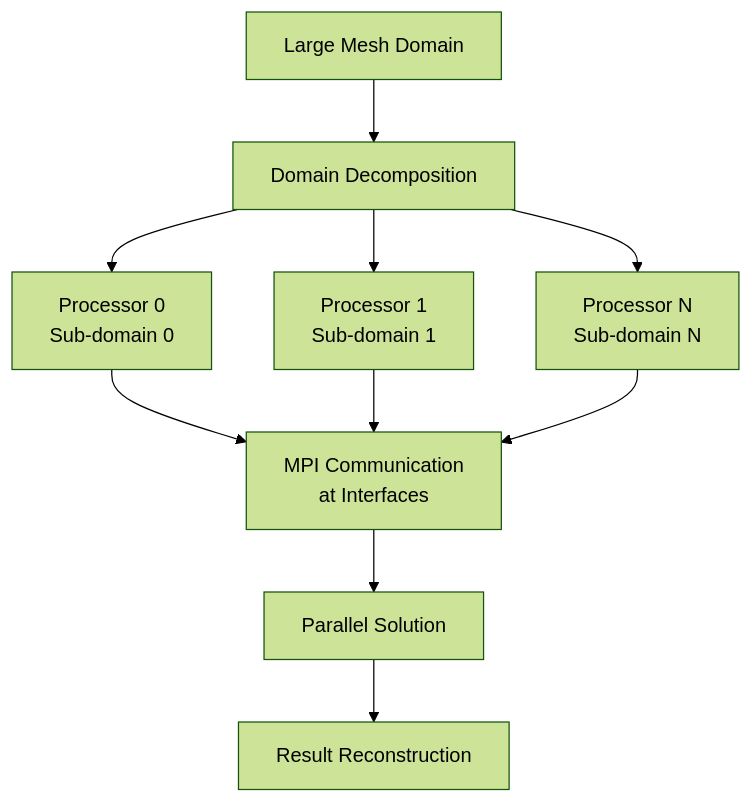
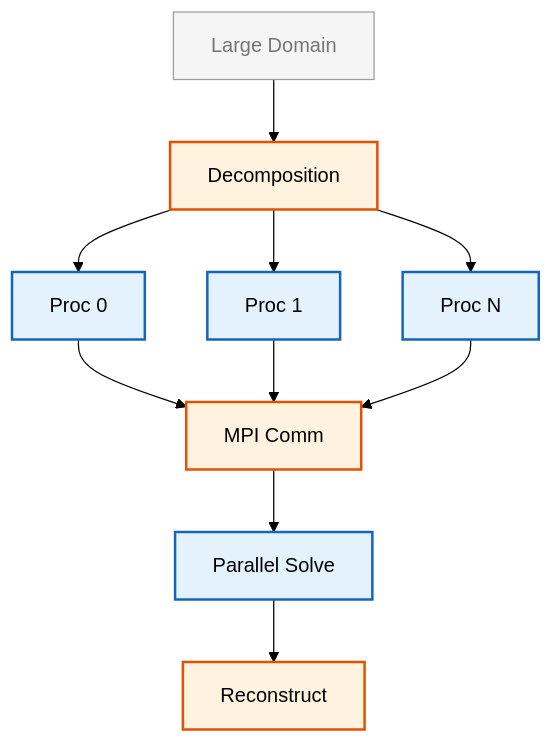
The first of 4 diagrams in MODULE_03_SINGLE_PHASE_FLOW/CONTENT/07_ADVANCED_TOPICS/01_High_Performance_Computing.md (wramet/build-my-cfd), drawn with Mermaid (forest theme) before and after one commit. The commit also changed other lines of this file and 313 other files, not shown here.

Commit message:
Revise all diagram

````diff
--- a/MODULE_03_SINGLE_PHASE_FLOW/CONTENT/07_ADVANCED_TOPICS/01_High_Performance_Computing.md
+++ b/MODULE_03_SINGLE_PHASE_FLOW/CONTENT/07_ADVANCED_TOPICS/01_High_Performance_Computing.md
@@ -7,12 +7,15 @@
 ```mermaid
 flowchart TD
-    A[Large Mesh Domain] --> B[Domain Decomposition]
-    B --> C1[Processor 0<br/>Sub-domain 0]
-    B --> C2[Processor 1<br/>Sub-domain 1]
-    B --> C3[Processor N<br/>Sub-domain N]
-    C1 --> D[MPI Communication<br/>at Interfaces]
-    C2 --> D
-    C3 --> D
-    D --> E[Parallel Solution]
-    E --> F[Result Reconstruction]
+%% Classes
+classDef explicit fill:#fff3e0,stroke:#e65100,stroke-width:2px;
+classDef implicit fill:#e3f2fd,stroke:#1565c0,stroke-width:2px;
+classDef context fill:#f5f5f5,stroke:#9e9e9e,stroke-width:1px,color:#757575;
+%% Nodes
+A[Large Domain]:::context --> B[Decomposition]:::explicit
+B --> C1[Proc 0]:::implicit
+B --> C2[Proc 1]:::implicit
+B --> C3[Proc N]:::implicit
+C1 & C2 & C3 --> D[MPI Comm]:::explicit
+D --> E[Parallel Solve]:::implicit
+E --> F[Reconstruct]:::explicit
 ```
````
